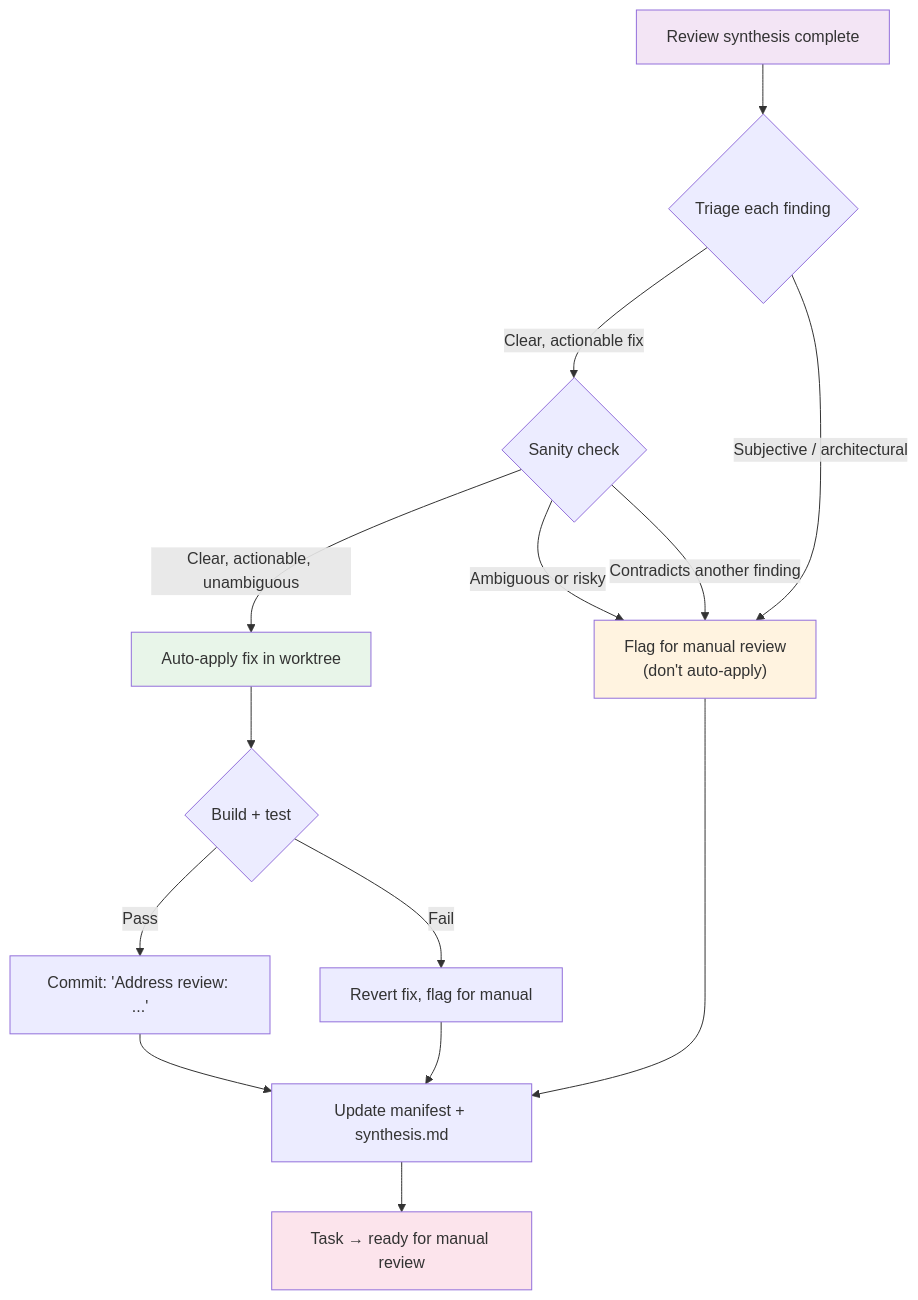
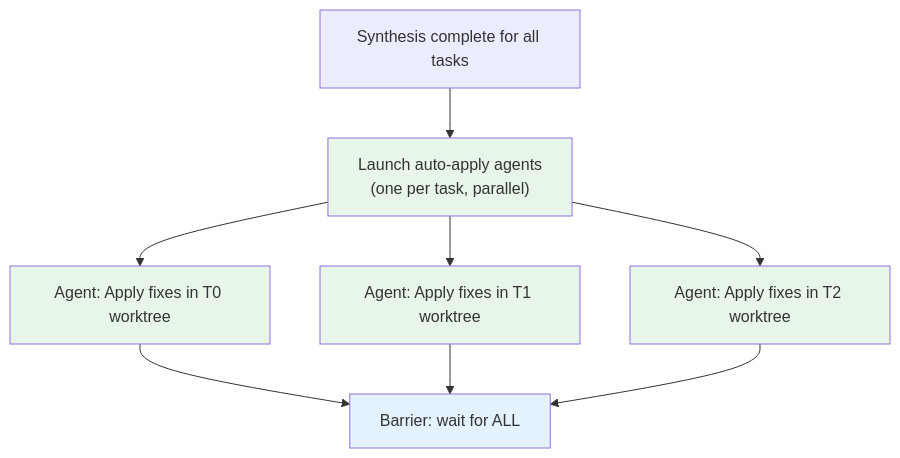
Before and after one commit to Arithmomaniac/copilot-plugins: the fourth of 5 diagrams in skills/fleet-orchestrated-pipeline/references/inner-loop.md, drawn with Mermaid. The commit also changed other lines of this file and 4 other files, not shown here.

````diff
--- a/skills/fleet-orchestrated-pipeline/references/inner-loop.md
+++ b/skills/fleet-orchestrated-pipeline/references/inner-loop.md
@@ -165,26 +211,16 @@
 ```mermaid
 graph TD
-    Synth[Review synthesis complete] --> Triage{Triage each finding}
+    Synth["Synthesis complete for all tasks"] --> Launch["Launch auto-apply agents<br/>(one per task, parallel)"]
+    Launch --> AA1["Agent: Apply fixes in T0 worktree"]
+    Launch --> AA2["Agent: Apply fixes in T1 worktree"]
+    Launch --> AA3["Agent: Apply fixes in T2 worktree"]
+    AA1 --> B["Barrier: wait for ALL"]
+    AA2 --> B
+    AA3 --> B
 
-    Triage -->|Clear, actionable fix| Sanity{Sanity check}
-    Triage -->|Subjective / architectural| Flag["Flag for manual review"]
-
-    Sanity -->|Clear, actionable, unambiguous| Apply[Auto-apply fix in worktree]
-    Sanity -->|Ambiguous or risky| Flag["Flag for manual review<br/>(don't auto-apply)"]
-    Sanity -->|Contradicts another finding| Flag
-
-    Apply --> Build{Build + test}
-    Build -->|Pass| Commit[Commit: 'Address review: ...']
-    Build -->|Fail| Revert[Revert fix, flag for manual]
-
-    Commit --> Update[Update manifest + synthesis.md]
-    Flag --> Update
-    Revert --> Update
-
-    Update --> Ready["Task → ready for manual review"]
-
-    style Synth fill:#f3e5f5
-    style Apply fill:#e8f5e9
-    style Flag fill:#fff3e0
-    style Ready fill:#fce4ec
+    style Launch fill:#e8f5e9
+    style AA1 fill:#e8f5e9
+    style AA2 fill:#e8f5e9
+    style AA3 fill:#e8f5e9
+    style B fill:#e3f2fd
 ```
````
